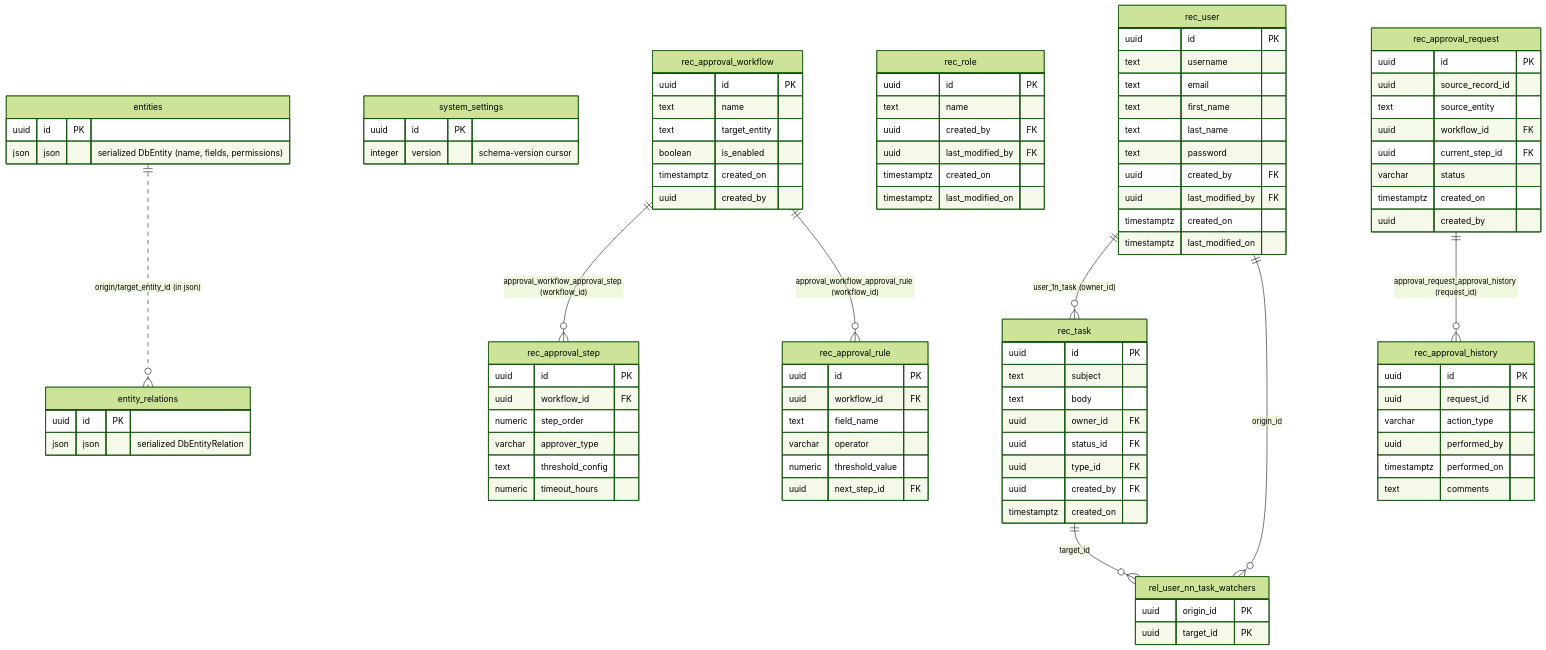
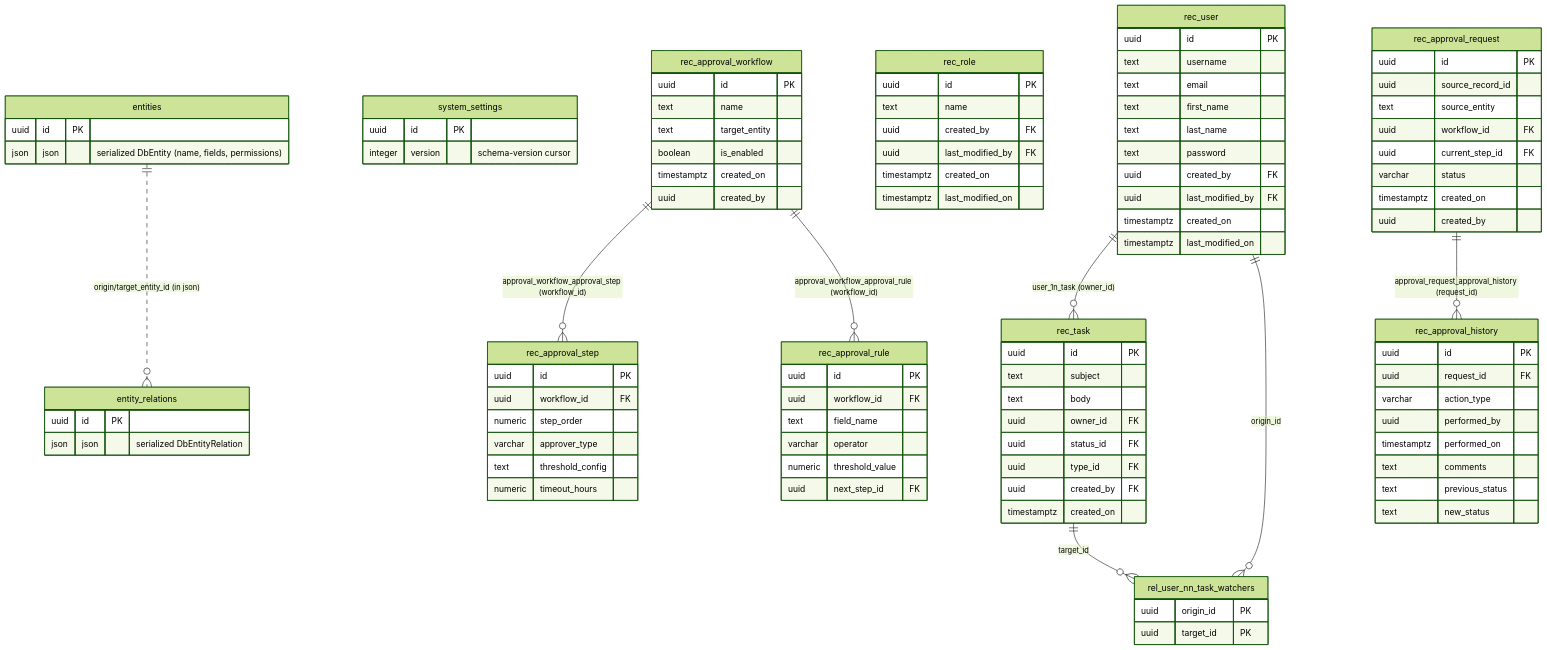
Before and after one commit to blitzy-public-samples/blitzy-WebVella-ERP: the diagram in docs/reverse-engineering/database-schema.md, drawn with Mermaid (forest theme). The commit also changed other lines of this file and 3 other files, not shown here.

```diff
--- a/docs/reverse-engineering/database-schema.md
+++ b/docs/reverse-engineering/database-schema.md
@@ -334,6 +334,8 @@
         uuid performed_by
         timestamptz performed_on
         text comments
+        text previous_status
+        text new_status
     }
 
     entities ||..o{ entity_relations : "origin/target_entity_id (in json)"
```
